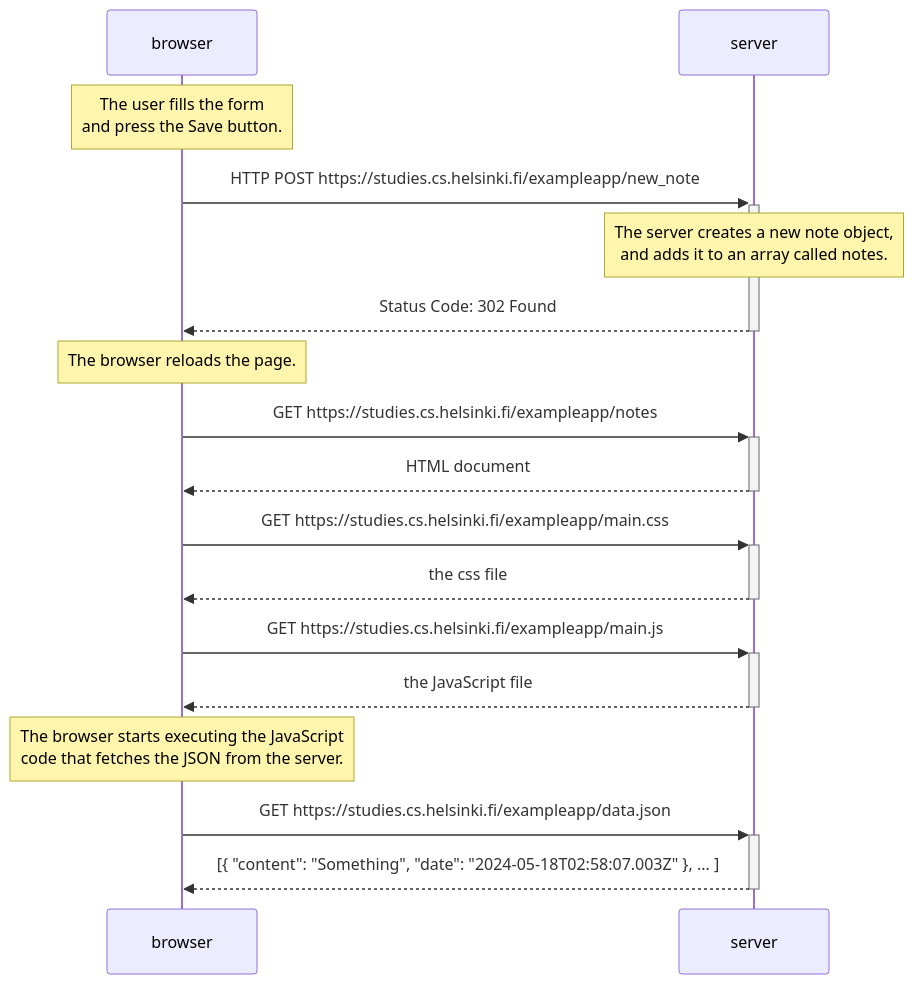
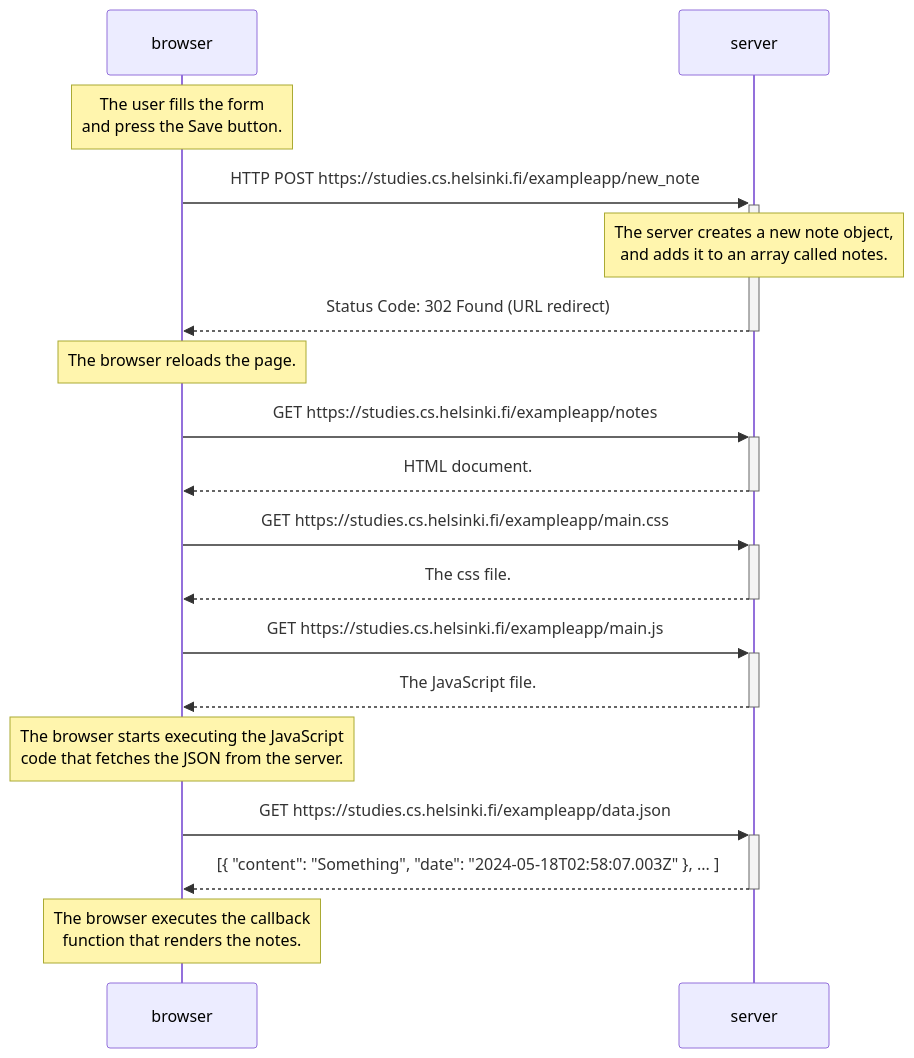
Before and after one commit to AndrewAV/FullStackOpen: the diagram in part0/0.4 Creating a new note.md, drawn with Mermaid. The commit also changed 2 other files, not shown here.

Commit message:
Added 0.5 and 0.6, and some adjustments to 0.4.
Added 0.5 and 0.6, and some adjustments to 0.4.

````diff
--- a/part0/0.4 Creating a new note.md
+++ b/part0/0.4 Creating a new note.md
@@ -1,29 +1,31 @@
 ```mermaid
-sequenceDiagram
-    participant browser
-    participant server
+    sequenceDiagram
+        participant browser
+        participant server
 
-    %% new_note
-    Note over browser: The user fills the form <br/>and press the Save button.
-    browser->>+server: HTTP POST https://studies.cs.helsinki.fi/exampleapp/new_note
-    Note over server: The server creates a new note object, <br/>and adds it to an array called notes.
-    server-->>-browser: Status Code: 302 Found
-    Note over browser: The browser reloads the page.
+        Note over browser: The user fills the form <br/>and press the Save button.
+        
+        %% new_note
+        browser->>+server: HTTP POST https://studies.cs.helsinki.fi/exampleapp/new_note
+        Note over server: The server creates a new note object, <br/>and adds it to an array called notes.
+        server-->>-browser: Status Code: 302 Found (URL redirect)
+        Note over browser: The browser reloads the page.
 
-    %% notes
-    browser->>+server: GET https://studies.cs.helsinki.fi/exampleapp/notes
-    server-->>-browser: HTML document
+        %% notes
+        browser->>+server: GET https://studies.cs.helsinki.fi/exampleapp/notes
+        server-->>-browser: HTML document.
 
-    %% main.css
-    browser->>+server: GET https://studies.cs.helsinki.fi/exampleapp/main.css
-    server-->>-browser: the css file
+        %% main.css
+        browser->>+server: GET https://studies.cs.helsinki.fi/exampleapp/main.css
+        server-->>-browser: The css file.
 
-    %% main.js
-    browser->>+server: GET https://studies.cs.helsinki.fi/exampleapp/main.js
-    server-->>-browser: the JavaScript file
-    Note over browser: The browser starts executing the JavaScript <br/> code that fetches the JSON from the server.
+        %% main.js
+        browser->>+server: GET https://studies.cs.helsinki.fi/exampleapp/main.js
+        server-->>-browser: The JavaScript file.
+        Note over browser: The browser starts executing the JavaScript <br/> code that fetches the JSON from the server.
 
-    %% data.json
-    browser->>+server: GET https://studies.cs.helsinki.fi/exampleapp/data.json
-    server-->>-browser: [{ "content": "Something", "date": "2024-05-18T02:58:07.003Z" }, ... ]
+        %% data.json
+        browser->>+server: GET https://studies.cs.helsinki.fi/exampleapp/data.json
+        server-->>-browser: [{ "content": "Something", "date": "2024-05-18T02:58:07.003Z" }, ... ]
+        Note over browser: The browser executes the callback <br/> function that renders the notes.
 ```
````
